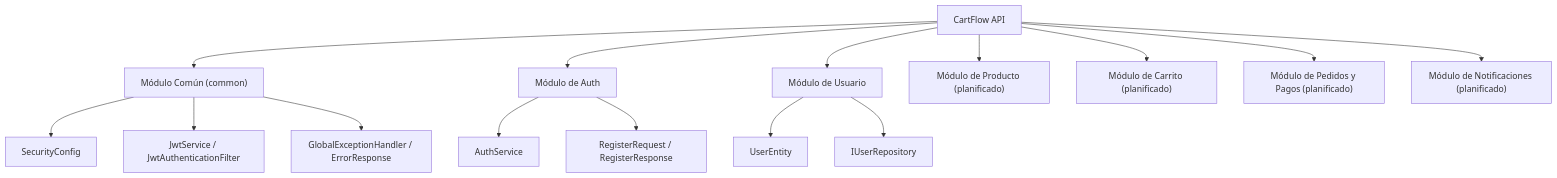
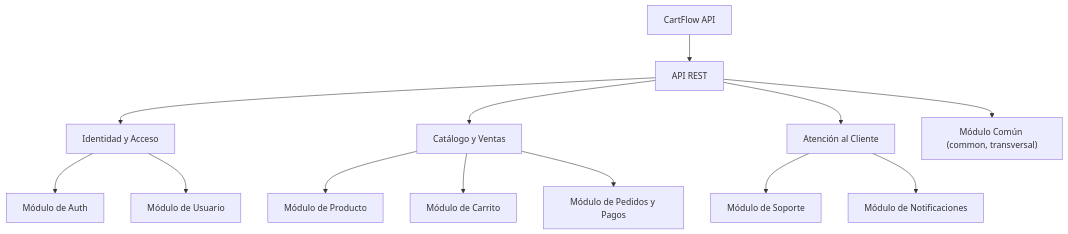
Before and after one commit to jvilamarin31/cartflow-api: the diagram in docs/arc42/05_vista_de_componentes.md, drawn with Mermaid. The commit also changed other lines of this file, not shown here.

First line of the commit message:
docs(arc42): update section 5 with support module and domain grouping

````diff
--- a/docs/arc42/05_vista_de_componentes.md
+++ b/docs/arc42/05_vista_de_componentes.md
@@ -63,22 +78,21 @@
 ```mermaid
 graph TD
     CartFlow["CartFlow API"]
 
-    CartFlow --> Common["Módulo Común (common)"]
-    Common --> SecurityConfig["SecurityConfig"]
-    Common --> Jwt["JwtService / JwtAuthenticationFilter"]
-    Common --> Errors["GlobalExceptionHandler / ErrorResponse"]
+    CartFlow --> Api["API REST"]
 
-    CartFlow --> Auth["Módulo de Auth"]
-    Auth --> AuthService["AuthService"]
-    Auth --> AuthDtos["RegisterRequest / RegisterResponse"]
+    Api --> Identity["Identidad y Acceso"]
+    Identity --> Auth["Módulo de Auth"]
+    Identity --> User["Módulo de Usuario"]
 
-    CartFlow --> User["Módulo de Usuario"]
-    User --> UserEntity["UserEntity"]
-    User --> UserRepo["IUserRepository"]
+    Api --> Catalog["Catálogo y Ventas"]
+    Catalog --> Product["Módulo de Producto"]
+    Catalog --> Cart["Módulo de Carrito"]
+    Catalog --> Orders["Módulo de Pedidos y Pagos"]
 
-    CartFlow --> Product["Módulo de Producto (planificado)"]
-    CartFlow --> Cart["Módulo de Carrito (planificado)"]
-    CartFlow --> Orders["Módulo de Pedidos y Pagos (planificado)"]
-    CartFlow --> Notifications["Módulo de Notificaciones (planificado)"]
+    Api --> Support["Atención al Cliente"]
+    Support --> SupportModule["Módulo de Soporte"]
+    Support --> Notifications["Módulo de Notificaciones"]
+
+    Api --> Common["Módulo Común (common, transversal)"]
 ```
````
